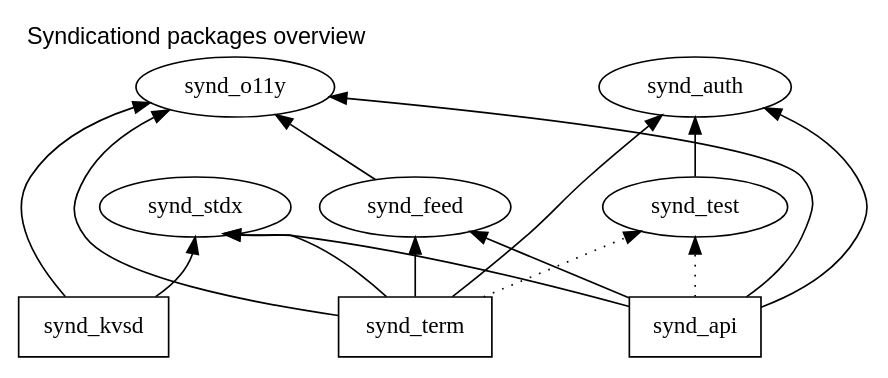
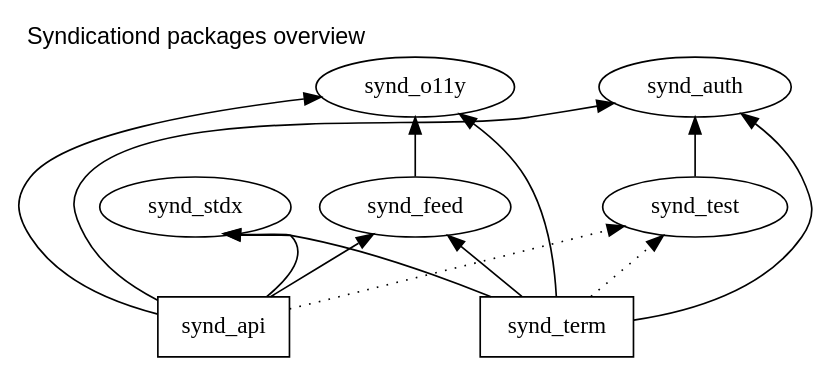
One commit to ymgyt/syndicationd changed the diagram in etc/dot/packages.dot. Above: the diagram before and after it, drawn with Graphviz. The commit also changed 10 other files, not shown here.

```diff
--- a/etc/dot/packages.dot
+++ b/etc/dot/packages.dot
@@ -1,41 +1,37 @@
 digraph {
     graph [
         layout=dot,
         rankdir=BT,
         label="Syndicationd packages overview",
         labelloc="top", // t(top) | b(bottom)
         labeljust="left", // l(left) | c(center) | r(right)
         fontname="Helvetica,Arial,sans-serif"
         compound=true; 
         newrank=true
     ];
 
     stdx [ label="synd_stdx" ]
     o11y [ label="synd_o11y" ]
     auth [ label="synd_auth" ]
     feed [ label="synd_feed" ]
     test [ label="synd_test" ]
 
-    kvsd [ label="synd_kvsd", shape="box" ]
     term [ label="synd_term", shape="box" ]
     api  [ label="synd_api", shape="box" ]
 
     feed -> o11y
 
     term -> stdx [ headport="se" ]
     term -> o11y
     term -> auth
     term -> feed
     term -> test [ style="dotted" ]
 
     api  -> stdx [ headport="se" ]
     api  -> o11y
     api  -> auth
     api  -> feed
     api  -> test [ style="dotted" ]
 
-    kvsd -> stdx [ headport="s" ]
-    kvsd -> o11y
-
     test -> auth
 }
```
